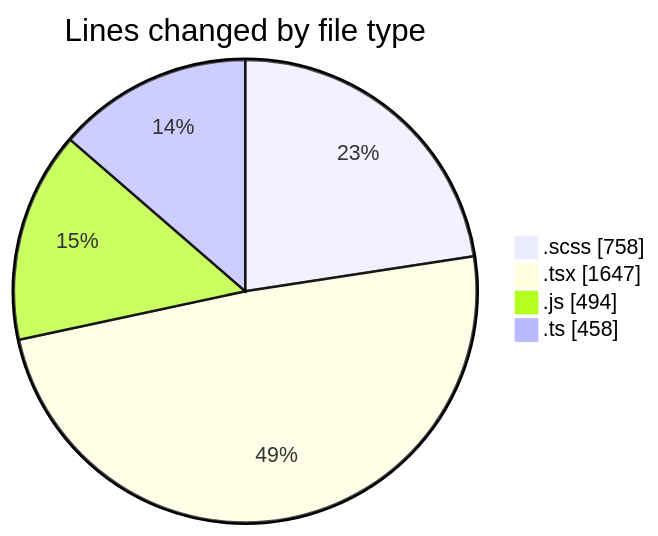
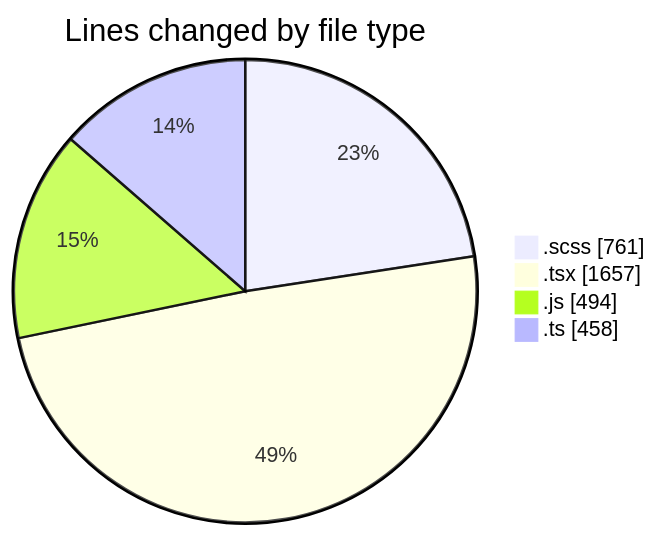
The first of 2 diagrams in 2025-03-14/cda/README.md (momahboobian/code-tracking), drawn with Mermaid before and after one commit. The commit also changed other lines of this file and 1 other file, not shown here.

````diff
--- a/2025-03-14/cda/README.md
+++ b/2025-03-14/cda/README.md
@@ -36,8 +36,8 @@
 ```mermaid
 pie showData
 title Lines changed by file type
-".scss" : 758
-".tsx" : 1647
+".scss" : 761
+".tsx" : 1657
 ".js" : 494
 ".ts" : 458
 ```
````
